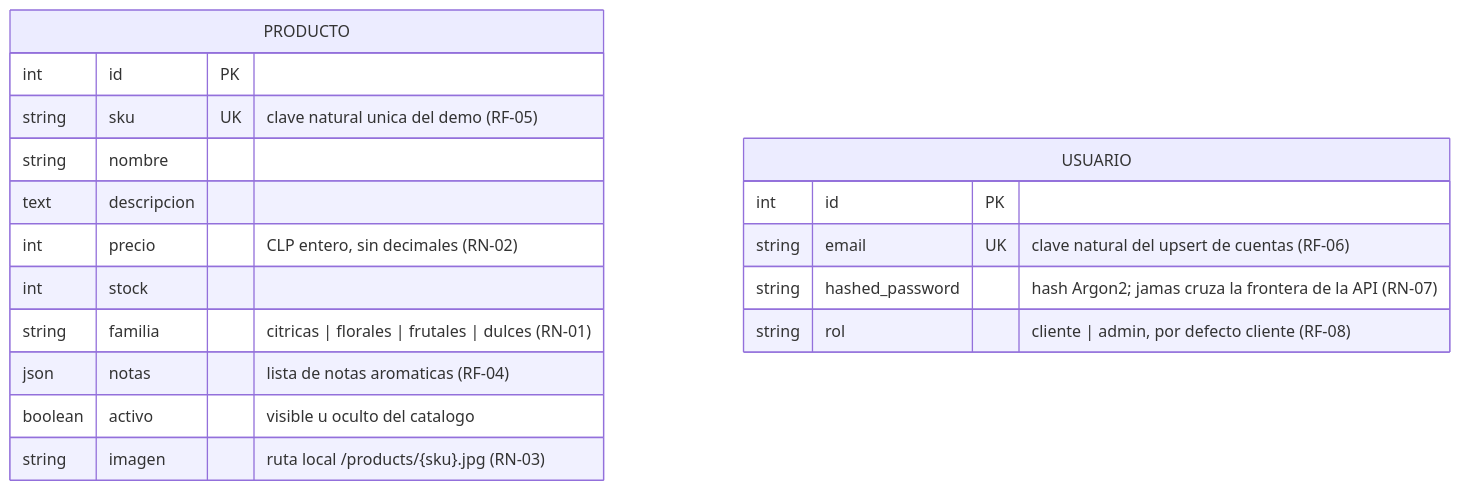
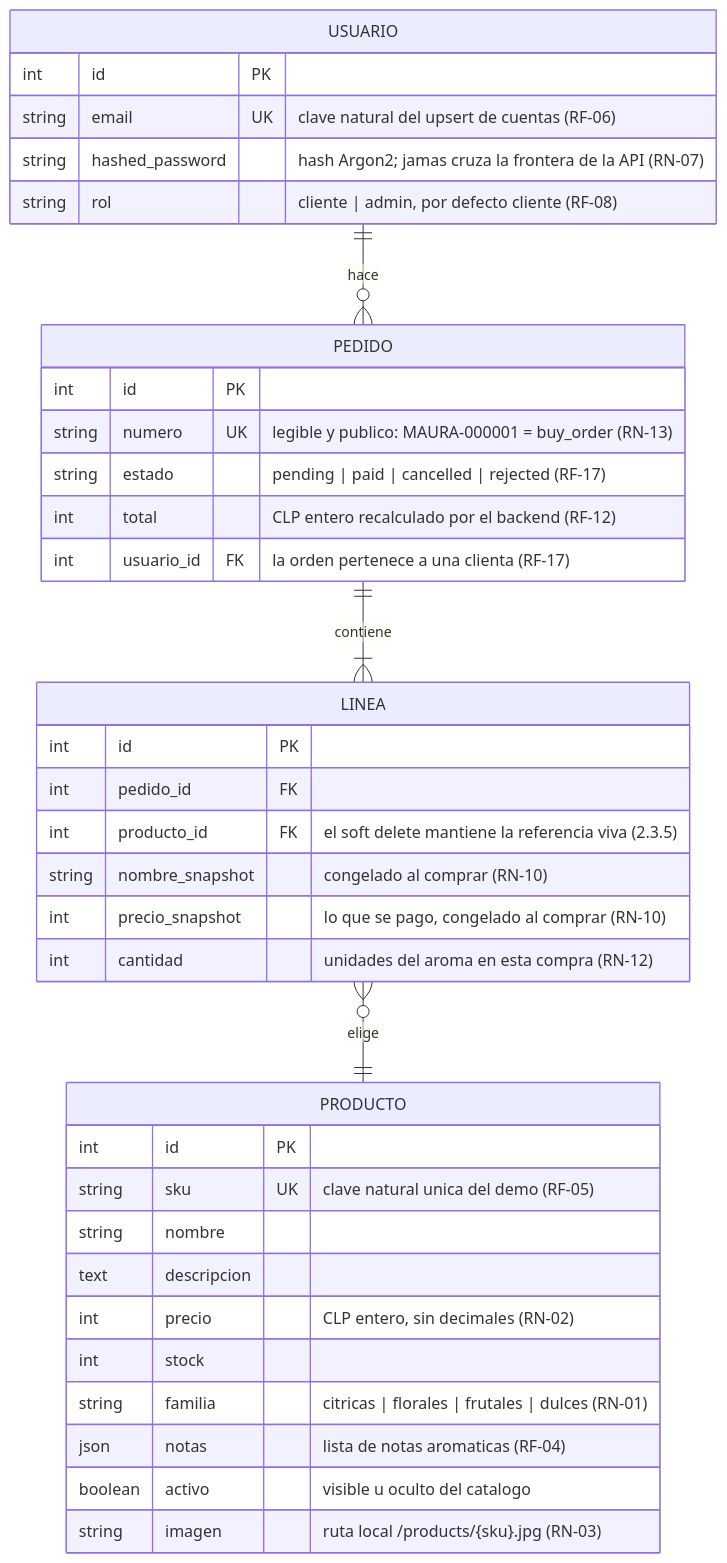
Before and after one commit to hlopezm1578/demo-carro: the first of 13 diagrams in docs/03_diseno.md, drawn with Mermaid. The commit also changed other lines of this file, not shown here.

````diff
--- a/docs/03_diseno.md
+++ b/docs/03_diseno.md
@@ -32,21 +32,40 @@
 ```mermaid
 erDiagram
     PRODUCTO {
         int id PK
         string sku UK "clave natural unica del demo (RF-05)"
         string nombre
         text descripcion
         int precio "CLP entero, sin decimales (RN-02)"
         int stock
         string familia "citricas | florales | frutales | dulces (RN-01)"
         json notas "lista de notas aromaticas (RF-04)"
         boolean activo "visible u oculto del catalogo"
         string imagen "ruta local /products/{sku}.jpg (RN-03)"
     }
     USUARIO {
         int id PK
         string email UK "clave natural del upsert de cuentas (RF-06)"
         string hashed_password "hash Argon2; jamas cruza la frontera de la API (RN-07)"
         string rol "cliente | admin, por defecto cliente (RF-08)"
     }
+    PEDIDO {
+        int id PK
+        string numero UK "legible y publico: MAURA-000001 = buy_order (RN-13)"
+        string estado "pending | paid | cancelled | rejected (RF-17)"
+        int total "CLP entero recalculado por el backend (RF-12)"
+        int usuario_id FK "la orden pertenece a una clienta (RF-17)"
+    }
+    LINEA {
+        int id PK
+        int pedido_id FK
+        int producto_id FK "el soft delete mantiene la referencia viva (2.3.5)"
+        string nombre_snapshot "congelado al comprar (RN-10)"
+        int precio_snapshot "lo que se pago, congelado al comprar (RN-10)"
+        int cantidad "unidades del aroma en esta compra (RN-12)"
+    }
+
+    USUARIO ||--o{ PEDIDO : "hace"
+    PEDIDO ||--|{ LINEA : "contiene"
+    LINEA }o--|| PRODUCTO : "elige"
 ```
````
